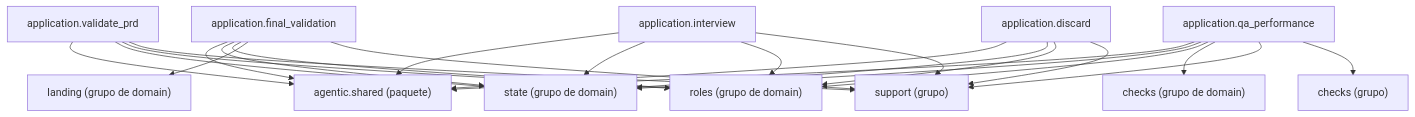
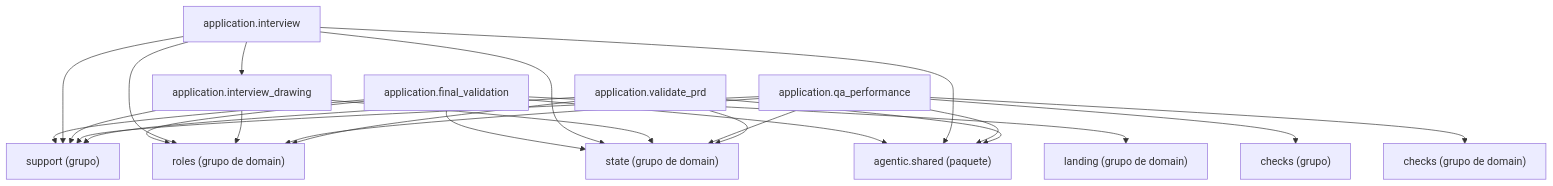
The diagram in docs/architecture/generated/packages-process-application-definition-2.md (GonzaloZevallos/agentic-system), drawn with Mermaid before and after one commit. The commit also changed 3 other files, not shown here.

Commit message:
Register interview_drawing in the definition cluster and regenerate the architecture docs

````diff
--- a/docs/architecture/generated/packages-process-application-definition-2.md
+++ b/docs/architecture/generated/packages-process-application-definition-2.md
@@ -17,38 +17,38 @@
 ```mermaid
 graph TD
     g_application__checks["checks (grupo)"]
     g_application__support["support (grupo)"]
     g_domain__checks["checks (grupo de domain)"]
     g_domain__landing["landing (grupo de domain)"]
     g_domain__roles["roles (grupo de domain)"]
     g_domain__state["state (grupo de domain)"]
     g_pkg__agentic__shared["agentic.shared (paquete)"]
-    m_application__discard["application.discard"]
     m_application__final_validation["application.final_validation"]
     m_application__interview["application.interview"]
+    m_application__interview_drawing["application.interview_drawing"]
     m_application__qa_performance["application.qa_performance"]
     m_application__validate_prd["application.validate_prd"]
-    m_application__discard --> g_application__support
-    m_application__discard --> g_domain__roles
-    m_application__discard --> g_domain__state
-    m_application__discard --> g_pkg__agentic__shared
     m_application__final_validation --> g_application__support
     m_application__final_validation --> g_domain__landing
     m_application__final_validation --> g_domain__roles
     m_application__final_validation --> g_domain__state
     m_application__final_validation --> g_pkg__agentic__shared
     m_application__interview --> g_application__support
     m_application__interview --> g_domain__roles
     m_application__interview --> g_domain__state
     m_application__interview --> g_pkg__agentic__shared
+    m_application__interview --> m_application__interview_drawing
+    m_application__interview_drawing --> g_application__support
+    m_application__interview_drawing --> g_domain__roles
+    m_application__interview_drawing --> g_domain__state
     m_application__qa_performance --> g_application__checks
     m_application__qa_performance --> g_application__support
     m_application__qa_performance --> g_domain__checks
     m_application__qa_performance --> g_domain__roles
     m_application__qa_performance --> g_domain__state
     m_application__qa_performance --> g_pkg__agentic__shared
     m_application__validate_prd --> g_application__support
     m_application__validate_prd --> g_domain__roles
     m_application__validate_prd --> g_domain__state
     m_application__validate_prd --> g_pkg__agentic__shared
 ```
````
